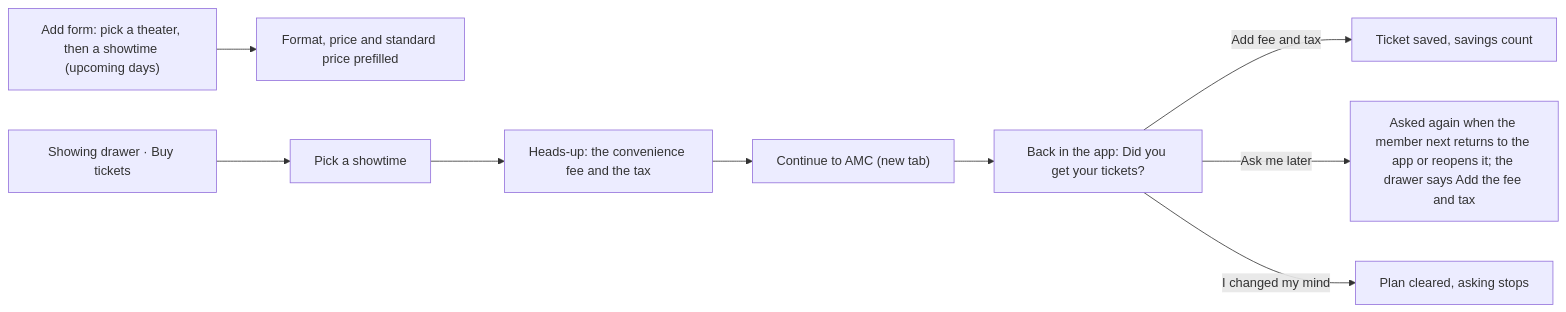
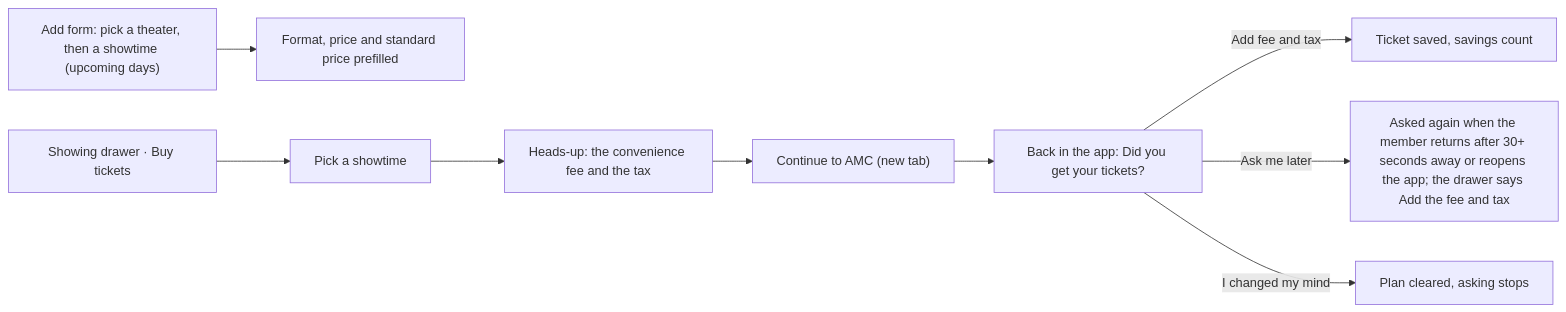
Before and after one commit to NovaMoonX/moondreams-dev-apps: diagram 25 of 26 in src/apps/a-list/UX.md, drawn with Mermaid. The commit also changed 3 other files, not shown here.

Commit message:
Review fixes: Ask me later waits for a real absence (30s) before coming back, and picking the showing's own day keeps its cue

````diff
--- a/src/apps/a-list/UX.md
+++ b/src/apps/a-list/UX.md
@@ -688,9 +688,9 @@
 ```mermaid
 flowchart LR
     A["Add form: pick a theater, then a showtime (upcoming days)"] --> B["Format, price and standard price prefilled"]
     C["Showing drawer · Buy tickets"] --> D["Pick a showtime"] --> E["Heads-up: the convenience fee and the tax"] --> F["Continue to AMC (new tab)"]
     F --> G["Back in the app: Did you get your tickets?"]
     G -->|"Add fee and tax"| H["Ticket saved, savings count"]
-    G -->|Ask me later| I["Asked again when the member next returns to the app or reopens it; the drawer says Add the fee and tax"]
+    G -->|Ask me later| I["Asked again when the member returns after 30+ seconds away or reopens the app; the drawer says Add the fee and tax"]
     G -->|"I changed my mind"| J["Plan cleared, asking stops"]
 ```
````
